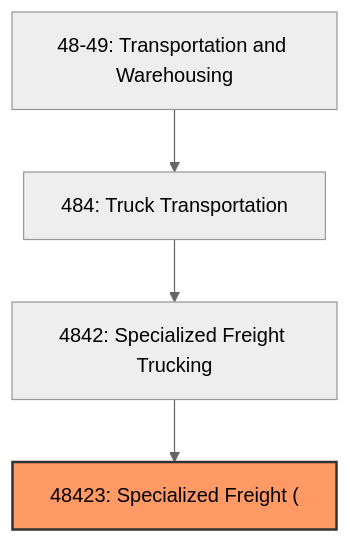
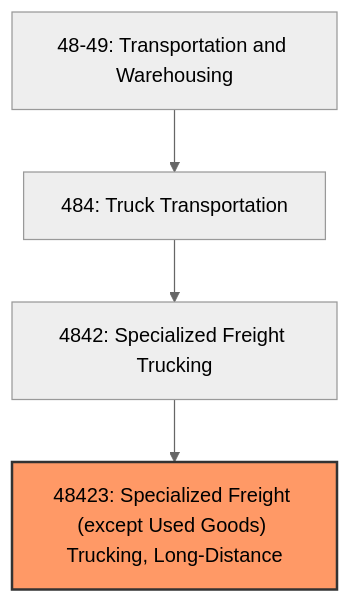
Before and after one commit to kziemski/business.org.ai: the first of 3 diagrams in industries/TransportationAndWarehousing/TruckTransportation/SpecializedFreightTrucking/SpecializedFreight.mdx, drawn with Mermaid (neutral theme). The commit also changed other lines of this file and 67418 other files, not shown here.

````diff
--- a/industries/TransportationAndWarehousing/TruckTransportation/SpecializedFreightTrucking/SpecializedFreight.mdx
+++ b/industries/TransportationAndWarehousing/TruckTransportation/SpecializedFreightTrucking/SpecializedFreight.mdx
@@ -20,8 +20,8 @@
 ```mermaid
 graph TD
     S48-49["48-49: Transportation and Warehousing"]
     S48-49 --> N484["484: Truck Transportation"]
     N484 --> N4842["4842: Specialized Freight Trucking"]
-    N4842 --> N48423["48423: Specialized Freight ("]
+    N4842 --> N48423["48423: Specialized Freight (except Used Goods) Trucking, Long-Distance"]
     style N48423 fill:#f96,stroke:#333,stroke-width:2px
 ```
````
